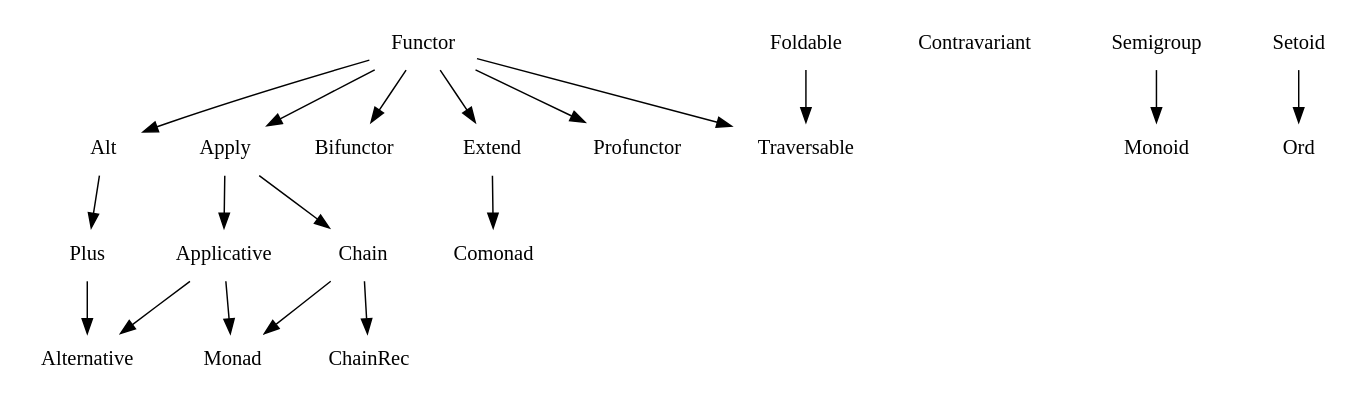
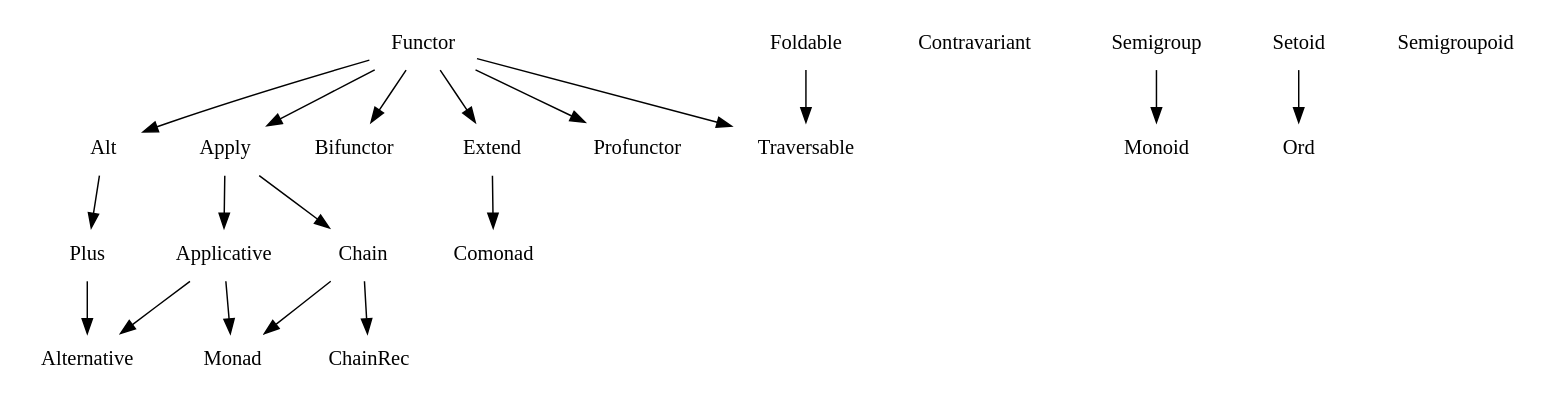
Before and after one commit to fantasyland/fantasy-land: the diagram in figures/dependencies.dot, drawn with Graphviz. The commit also changed 5 other files, not shown here.

```diff
--- a/figures/dependencies.dot
+++ b/figures/dependencies.dot
@@ -1,45 +1,46 @@
 digraph {
   node [shape=plaintext]
 
   # Algebras
   Alt;
   Alternative;
   Applicative;
   Apply;
   Bifunctor;
   Chain;
   ChainRec;
   Comonad;
   Extend;
   Foldable;
   Functor;
   Contravariant;
   Monad;
   Monoid;
   Ord;
   Plus;
   Profunctor;
   Semigroup;
+  Semigroupoid;
   Setoid;
   Traversable;
 
   # Dependencies
   Alt -> Plus;
   Applicative -> Alternative;
   Applicative -> Monad;
   Apply -> Applicative;
   Apply -> Chain;
   Chain -> ChainRec;
   Chain -> Monad;
   Extend -> Comonad;
   Foldable -> Traversable;
   Functor -> Alt;
   Functor -> Apply;
   Functor -> Bifunctor;
   Functor -> Extend;
   Functor -> Profunctor;
   Functor -> Traversable;
   Plus -> Alternative;
   Semigroup -> Monoid;
   Setoid -> Ord;
 }
```
